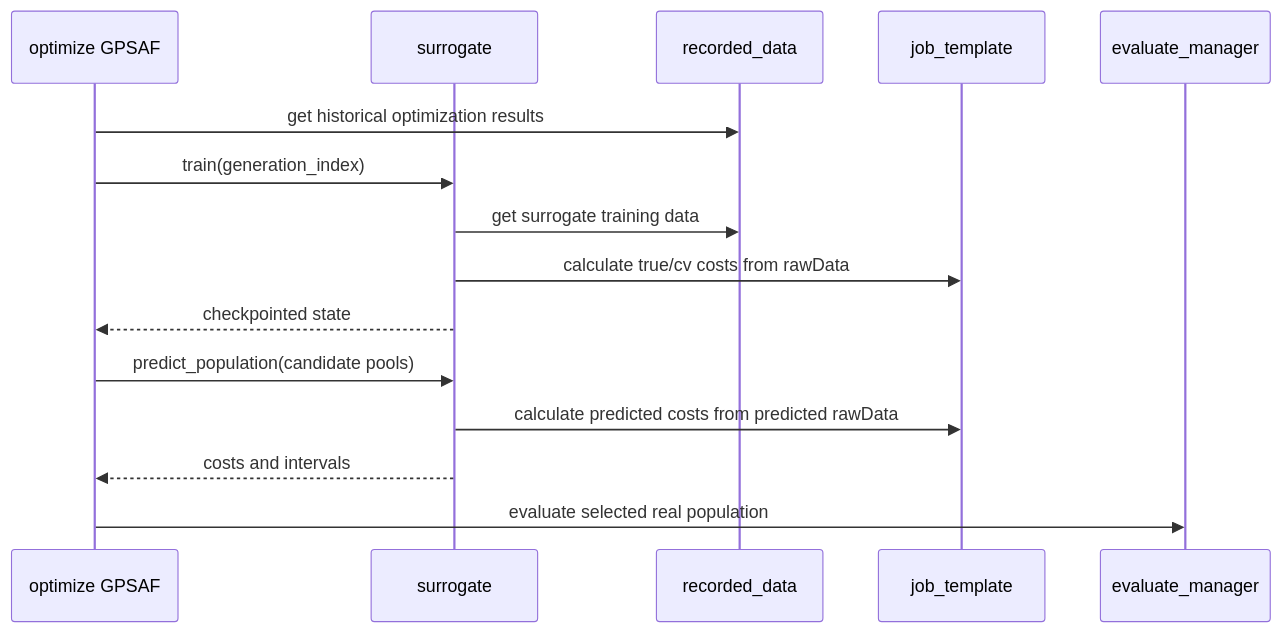
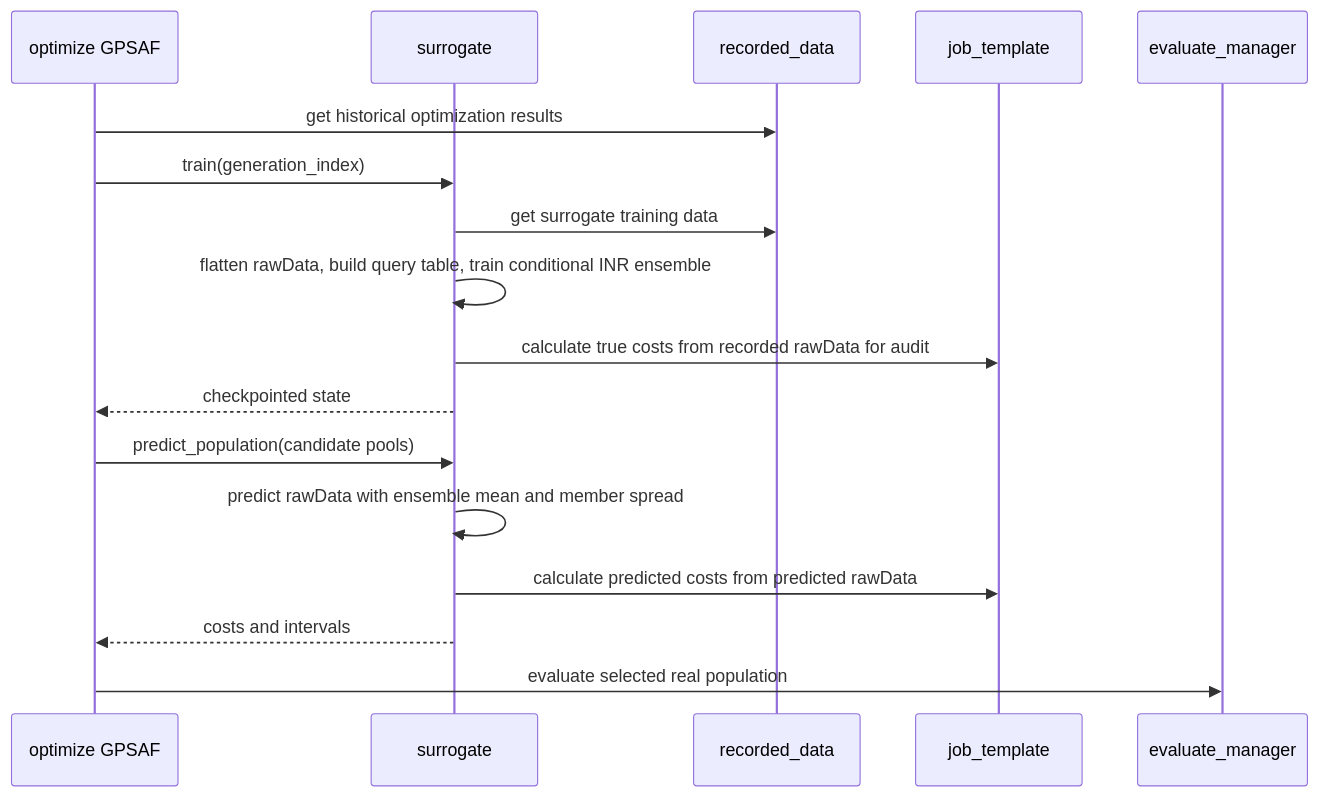
One commit to YS-Pan/yadof changed the second of 2 diagrams in architecture/4plus1_process_view.md. Above: the diagram before and after it, drawn with Mermaid. The commit also changed 29 other files, not shown here.

````diff
--- a/architecture/4plus1_process_view.md
+++ b/architecture/4plus1_process_view.md
@@ -31,18 +31,20 @@
 ```mermaid
 sequenceDiagram
     participant O as optimize GPSAF
     participant S as surrogate
     participant R as recorded_data
     participant T as job_template
     participant E as evaluate_manager
 
     O->>R: get historical optimization results
     O->>S: train(generation_index)
     S->>R: get surrogate training data
-    S->>T: calculate true/cv costs from rawData
+    S->>S: flatten rawData, build query table, train conditional INR ensemble
+    S->>T: calculate true costs from recorded rawData for audit
     S-->>O: checkpointed state
     O->>S: predict_population(candidate pools)
+    S->>S: predict rawData with ensemble mean and member spread
     S->>T: calculate predicted costs from predicted rawData
     S-->>O: costs and intervals
     O->>E: evaluate selected real population
 ```
````
